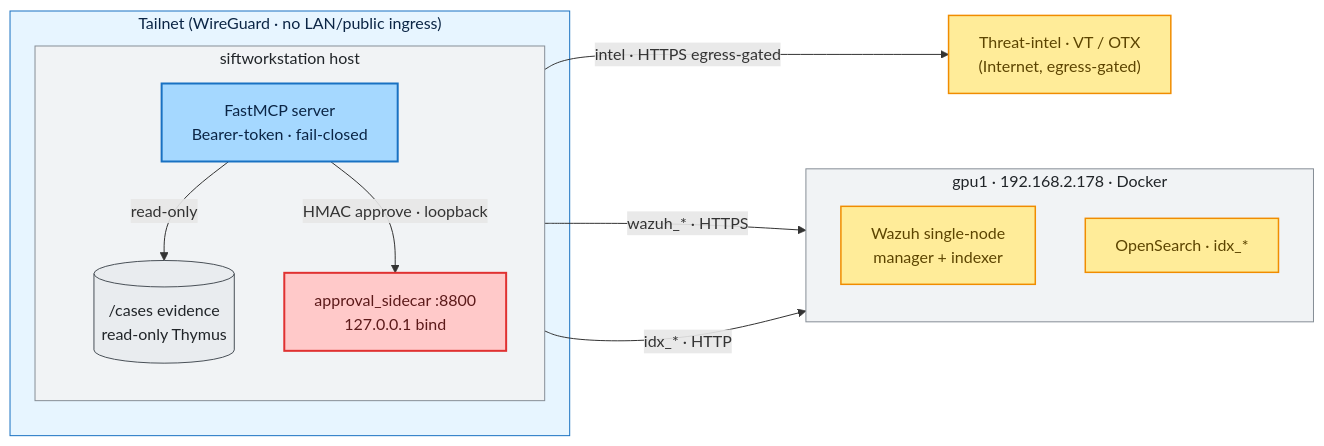
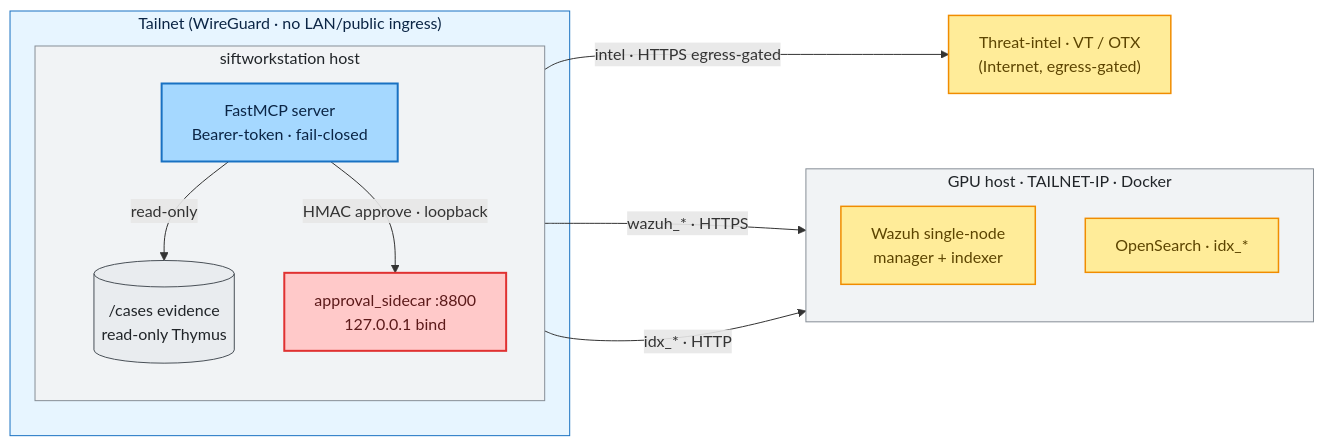
The third of 3 diagrams in docs/02-architecture/system-context-c4.md (galvangabriel-web/agentropix-mcp), drawn with Mermaid before and after one commit. The commit also changed other lines of this file and 45 other files, not shown here.

````diff
--- a/docs/02-architecture/system-context-c4.md
+++ b/docs/02-architecture/system-context-c4.md
@@ -156,32 +166,32 @@
 ```mermaid
 flowchart LR
     classDef api fill:#a5d8ff,stroke:#1971c2,color:#0b2545,stroke-width:2px
     classDef gov fill:#ffc9c9,stroke:#e03131,color:#5c1a1a,stroke-width:2px
     classDef ext fill:#e9ecef,stroke:#495057,color:#212529,stroke-width:1px
     classDef sink fill:#ffec99,stroke:#f08c00,color:#5c4400,stroke-width:1.5px
 
     subgraph Tailnet["Tailnet (WireGuard · no LAN/public ingress)"]
         subgraph WS["siftworkstation host"]
             direction TB
             MCP2["FastMCP server<br/>Bearer-token · fail-closed"]:::api
             Approval2["approval_sidecar :8800<br/>127.0.0.1 bind"]:::gov
             Cases[("/cases evidence<br/>read-only Thymus")]:::ext
         end
     end
-    subgraph GPU1["gpu1 · 192.168.2.178 · Docker"]
+    subgraph GPU1["GPU host · TAILNET-IP · Docker"]
         direction TB
         Wazuh2["Wazuh single-node<br/>manager + indexer"]:::sink
         OS2["OpenSearch · idx_*"]:::sink
     end
     Intel2["Threat-intel · VT / OTX<br/>(Internet, egress-gated)"]:::sink
 
     MCP2 -->|"read-only"| Cases
     MCP2 -->|"HMAC approve · loopback"| Approval2
     MCP2 -->|"wazuh_* · HTTPS"| Wazuh2
     MCP2 -->|"idx_* · HTTP"| OS2
     MCP2 -->|"intel · HTTPS egress-gated"| Intel2
 
     style Tailnet fill:#e7f5ff,stroke:#1971c2,color:#0b2545
     style WS fill:#f1f3f5,stroke:#868e96,color:#212529
     style GPU1 fill:#f1f3f5,stroke:#868e96,color:#212529
 ```
````
